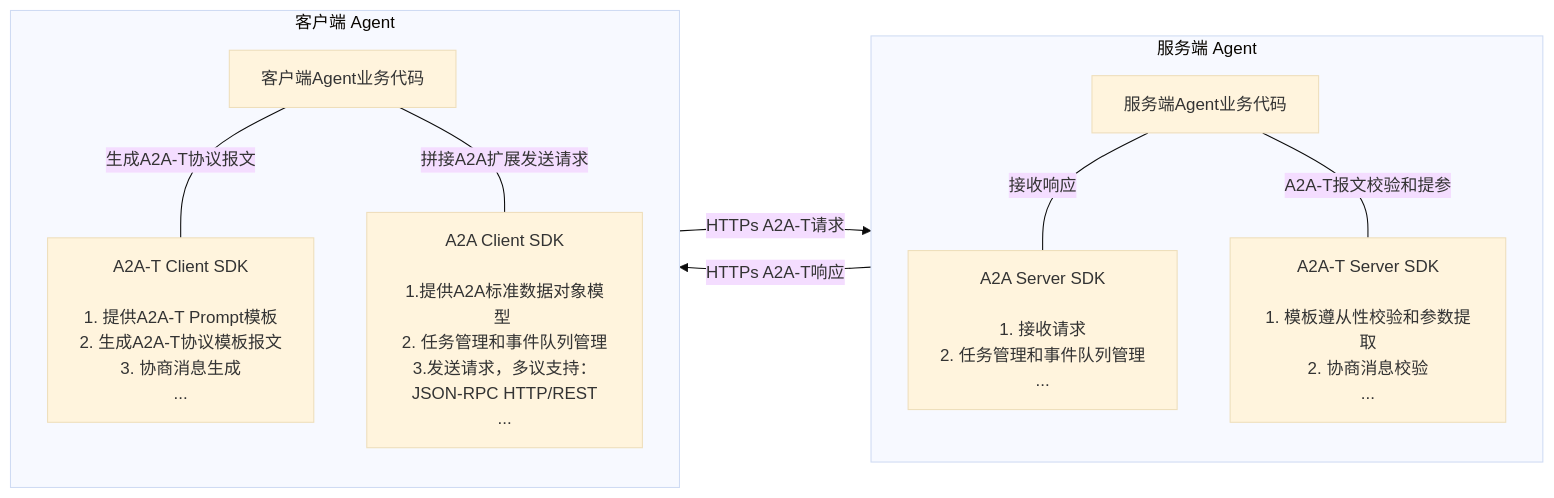
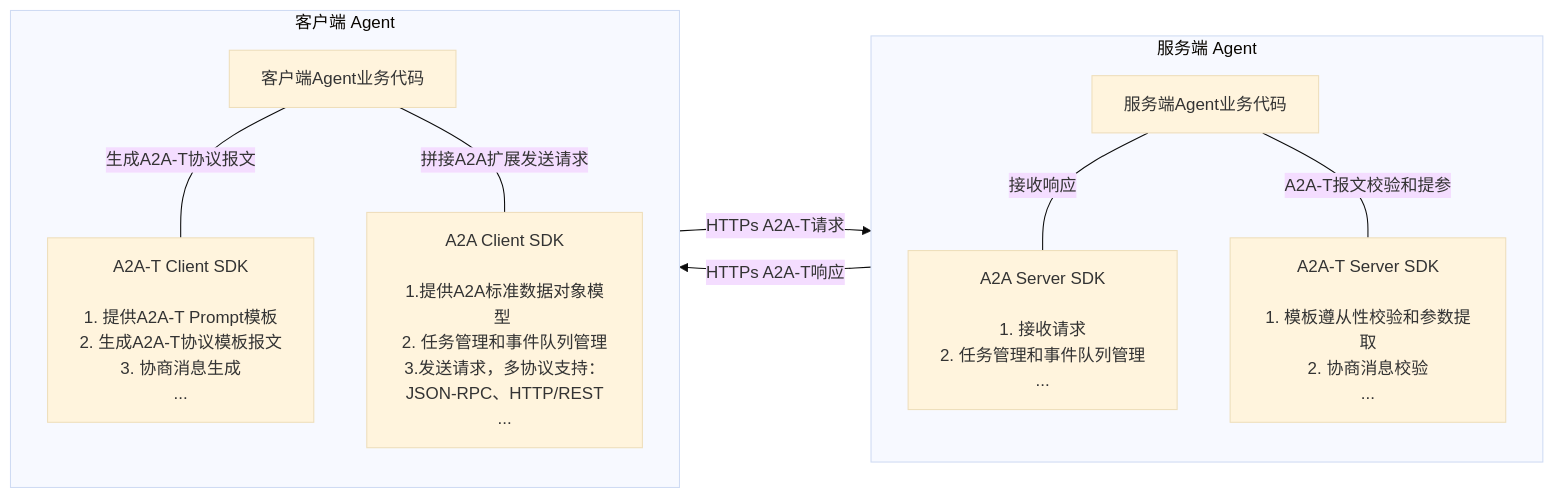
The first of 4 diagrams in docs/zh/开发指南.md (project-openan/a2a-t-sdk-python), drawn with Mermaid (base theme) before and after one commit. The commit also changed other lines of this file and 22 other files, not shown here.

````diff
--- a/docs/zh/开发指南.md
+++ b/docs/zh/开发指南.md
@@ -33,21 +34,21 @@
 ```mermaid
 flowchart LR
     subgraph Server["服务端 Agent"]
         B0["服务端Agent业务代码"]
         B1["A2A Server SDK<br><br>1. 接收请求<br>2. 任务管理和事件队列管理<br>..."]
         B2["A2A-T Server SDK<br><br>1. 模板遵从性校验和参数提取<br>2. 协商消息校验<br>..."]
         B0 --接收响应--- B1
         B0 --A2A-T报文校验和提参--- B2
     end
 
     subgraph Client["客户端 Agent"]
         A0["客户端Agent业务代码"]
         A1["A2A-T Client SDK<br><br>1. 提供A2A-T Prompt模板<br>2. 生成A2A-T协议模板报文<br>3. 协商消息生成<br>..."]
-        A2["A2A Client SDK<br><br>1.提供A2A标准数据对象模型 <br>2. 任务管理和事件队列管理<br>3.发送请求，多议支持：JSON-RPC HTTP/REST<br>..."]
+        A2["A2A Client SDK<br><br>1.提供A2A标准数据对象模型 <br>2. 任务管理和事件队列管理<br>3.发送请求，多协议支持：JSON-RPC、HTTP/REST<br>..."]
         A0 --生成A2A-T协议报文--- A1
         A0 --拼接A2A扩展发送请求--- A2
     end
 
     Client -- HTTPs A2A-T请求--> Server
     Server -- HTTPs A2A-T响应--> Client
 ```
````
